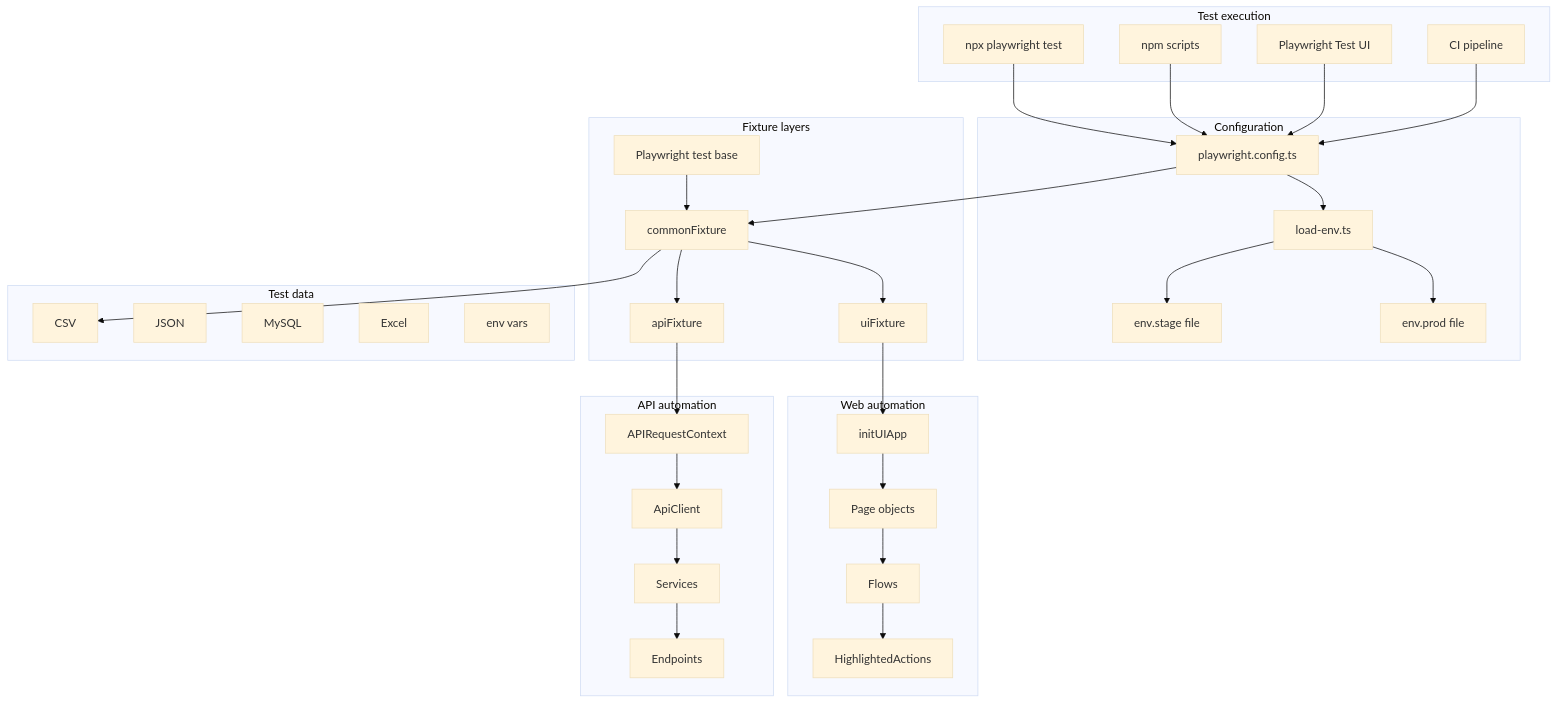
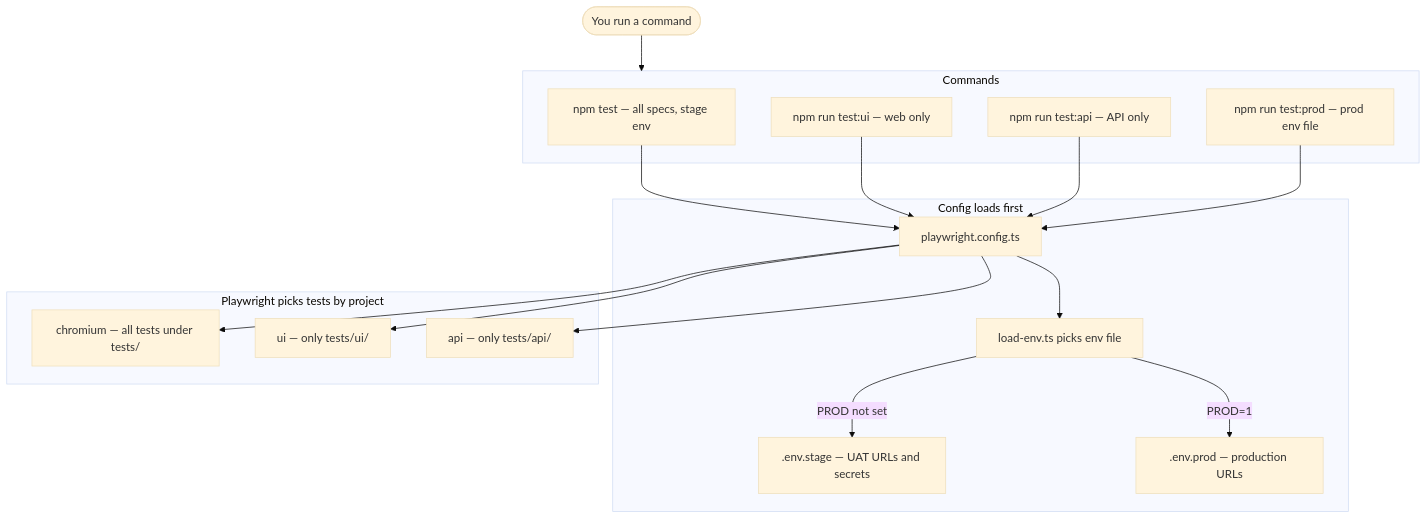
The first of 5 diagrams in docs/FRAMEWORK_DESIGN.md (avinashpoddar/playwright-automation), drawn with Mermaid (base theme) before and after one commit. The commit also changed other lines of this file and 1 other file, not shown here.

````diff
--- a/docs/FRAMEWORK_DESIGN.md
+++ b/docs/FRAMEWORK_DESIGN.md
@@ -25,60 +25,36 @@
 ```mermaid
 flowchart TB
-  subgraph trigger ["Test execution"]
-    CLI["npx playwright test"]
-    NPM["npm scripts"]
-    PWUI["Playwright Test UI"]
-    CI["CI pipeline"]
+  START(["You run a command"])
+
+  subgraph commands ["Commands"]
+    ALL["npm test — all specs, stage env"]
+    UI["npm run test:ui — web only"]
+    API["npm run test:api — API only"]
+    PROD["npm run test:prod — prod env file"]
   end
 
-  subgraph config ["Configuration"]
-    PWCFG["playwright.config.ts"]
-    LOADENV["load-env.ts"]
-    ENVSTAGE["env.stage file"]
-    ENVPROD["env.prod file"]
+  subgraph config_load ["Config loads first"]
+    PW["playwright.config.ts"]
+    ENVLOAD["load-env.ts picks env file"]
+    STAGE[".env.stage — UAT URLs and secrets"]
+    PRODFILE[".env.prod — production URLs"]
   end
 
-  subgraph fixtures ["Fixture layers"]
-    PWBASE["Playwright test base"]
-    COMMON["commonFixture"]
-    UIFIX["uiFixture"]
-    APIFIX["apiFixture"]
+  subgraph projects ["Playwright picks tests by project"]
+    CHROM["chromium — all tests under tests/"]
+    UIPROJ["ui — only tests/ui/"]
+    APIPROJ["api — only tests/api/"]
   end
 
-  subgraph ui_layer ["Web automation"]
-    INIT["initUIApp"]
-    PAGES["Page objects"]
-    FLOWS["Flows"]
-    ACTIONS["HighlightedActions"]
-  end
-
-  subgraph api_layer ["API automation"]
-    CTX["APIRequestContext"]
-    CLIENT["ApiClient"]
-    SVC["Services"]
-    APIEP["Endpoints"]
-  end
-
-  subgraph data_layer ["Test data"]
-    DATACSV["CSV"]
-    DATAJSON["JSON"]
-    DATAMYSQL["MySQL"]
-    DATAXLS["Excel"]
-    DATAENV["env vars"]
-  end
-
-  CLI --> PWCFG
-  NPM --> PWCFG
-  PWUI --> PWCFG
-  CI --> PWCFG
-  PWCFG --> LOADENV
-  LOADENV --> ENVSTAGE
-  LOADENV --> ENVPROD
-  PWCFG --> COMMON
-  PWBASE --> COMMON
-  COMMON --> UIFIX
-  COMMON --> APIFIX
-  COMMON --> DATACSV
-  UIFIX --> INIT --> PAGES --> FLOWS --> ACTIONS
-  APIFIX --> CTX --> CLIENT --> SVC --> APIEP
+  START --> commands
+  ALL --> PW
+  UI --> PW
+  API --> PW
+  PROD --> PW
+  PW --> ENVLOAD
+  ENVLOAD -->|"PROD not set"| STAGE
+  ENVLOAD -->|"PROD=1"| PRODFILE
+  PW --> CHROM
+  PW --> UIPROJ
+  PW --> APIPROJ
 ```
````
